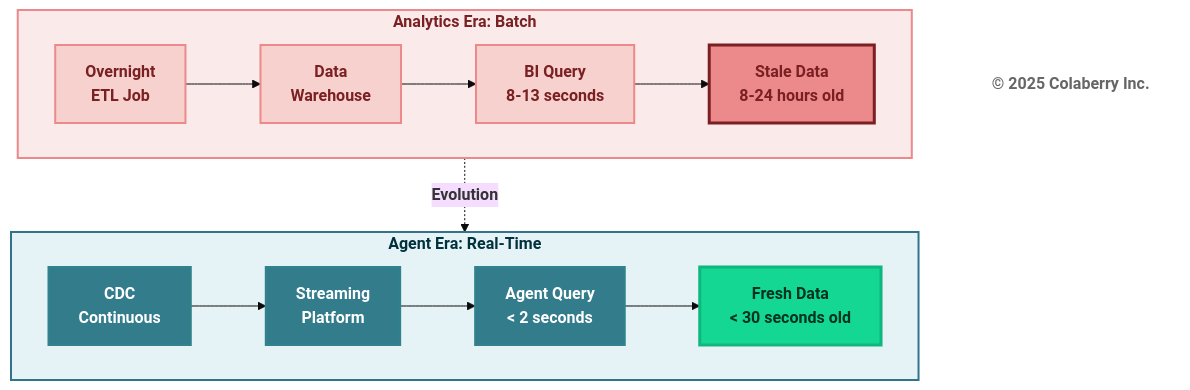
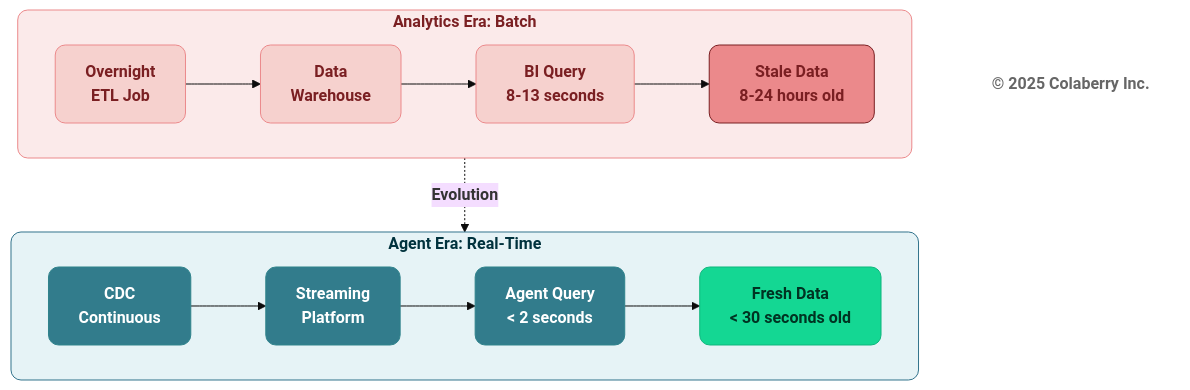
The seventh of 12 diagrams in manuscript/03_chapter_2_inpact_framework.md (colaberry/trust-before-intelligence-book), drawn with Mermaid (base theme) before and after one commit. The commit also changed other lines of this file and 12 other files, not shown here.

````diff
--- a/manuscript/03_chapter_2_inpact_framework.md
+++ b/manuscript/03_chapter_2_inpact_framework.md
@@ -490,35 +490,35 @@
 ```mermaid
 graph TB
     subgraph ERA1["<b>Analytics Era: Batch</b>"]
         direction LR
         A1["<b>Overnight<br/>ETL Job</b>"] --> B1["<b>Data<br/>Warehouse</b>"]
         B1 --> C1["<b>BI Query<br/>8-13 seconds</b>"]
         C1 --> D1["<b>Stale Data<br/>8-24 hours old</b>"]
         
-        style D1 fill:#EB898B,color:#7A1F22,stroke:#7A1F22,stroke-width:3px
+        style D1 fill:#EB898B,color:#7A1F22,stroke:#7A1F22,stroke-width:1px,rx:10,ry:10
     end
     
     ERA1 -.->|<b>Evolution</b>| ERA2
     
     subgraph ERA2["<b>Agent Era: Real-Time</b>"]
         direction LR
         A2["<b>CDC<br/>Continuous</b>"] --> B2["<b>Streaming<br/>Platform</b>"]
         B2 --> C2["<b>Agent Query<br/>&lt; 2 seconds</b>"]
         C2 --> D2["<b>Fresh Data<br/>&lt; 30 seconds old</b>"]
         
-        style D2 fill:#14D793,color:#003322,stroke:#0FB67D,stroke-width:3px
+        style D2 fill:#14D793,color:#003322,stroke:#0FB67D,stroke-width:1px,rx:10,ry:10
     end
     
-    style ERA1 fill:#FBEAEA,stroke:#EB898B,stroke-width:2px,color:#7A1F22
-    style A1 fill:#F6D1CE,stroke:#EB898B,stroke-width:2px,color:#7A1F22
-    style B1 fill:#F6D1CE,stroke:#EB898B,stroke-width:2px,color:#7A1F22
-    style C1 fill:#F6D1CE,stroke:#EB898B,stroke-width:2px,color:#7A1F22
+    style ERA1 fill:#FBEAEA,stroke:#EB898B,stroke-width:1px,color:#7A1F22,rx:10,ry:10
+    style A1 fill:#F6D1CE,stroke:#EB898B,stroke-width:1px,color:#7A1F22,rx:10,ry:10
+    style B1 fill:#F6D1CE,stroke:#EB898B,stroke-width:1px,color:#7A1F22,rx:10,ry:10
+    style C1 fill:#F6D1CE,stroke:#EB898B,stroke-width:1px,color:#7A1F22,rx:10,ry:10
     
-    style ERA2 fill:#E6F3F6,stroke:#32738C,stroke-width:2px,color:#00323D
-    style A2 fill:#327C8C,stroke:#30838C,stroke-width:2px,color:#ffffff
-    style B2 fill:#327C8C,stroke:#30838C,stroke-width:2px,color:#ffffff
-    style C2 fill:#327C8C,stroke:#30838C,stroke-width:2px,color:#ffffff
+    style ERA2 fill:#E6F3F6,stroke:#32738C,stroke-width:1px,color:#00323D,rx:10,ry:10
+    style A2 fill:#327C8C,stroke:#30838C,stroke-width:1px,color:#ffffff,rx:10,ry:10
+    style B2 fill:#327C8C,stroke:#30838C,stroke-width:1px,color:#ffffff,rx:10,ry:10
+    style C2 fill:#327C8C,stroke:#30838C,stroke-width:1px,color:#ffffff,rx:10,ry:10
     
     Copyright["<b>© 2025 Colaberry Inc.</b>"]
-    style Copyright fill:#ffffff,stroke:none,color:#666666
+    style Copyright fill:none,stroke:none,color:#666666
 ```
````
